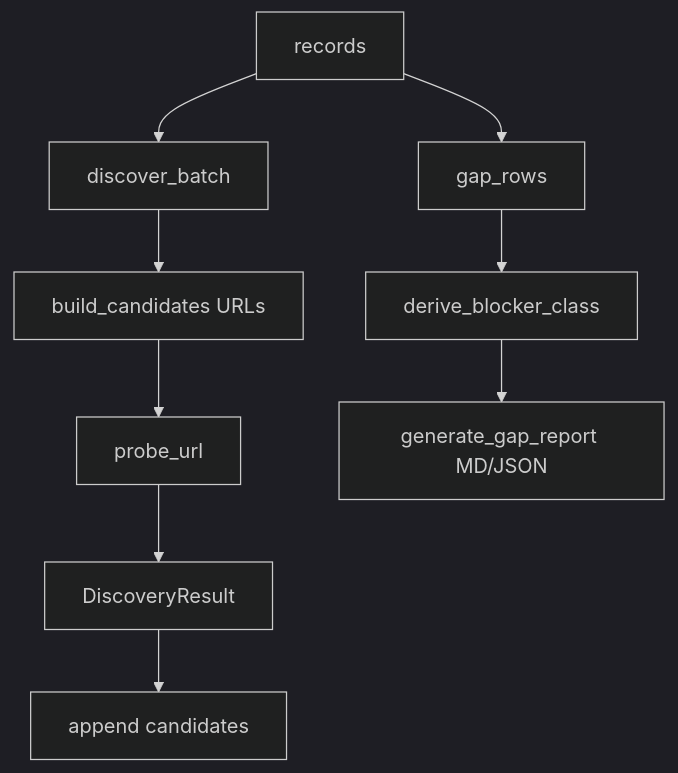
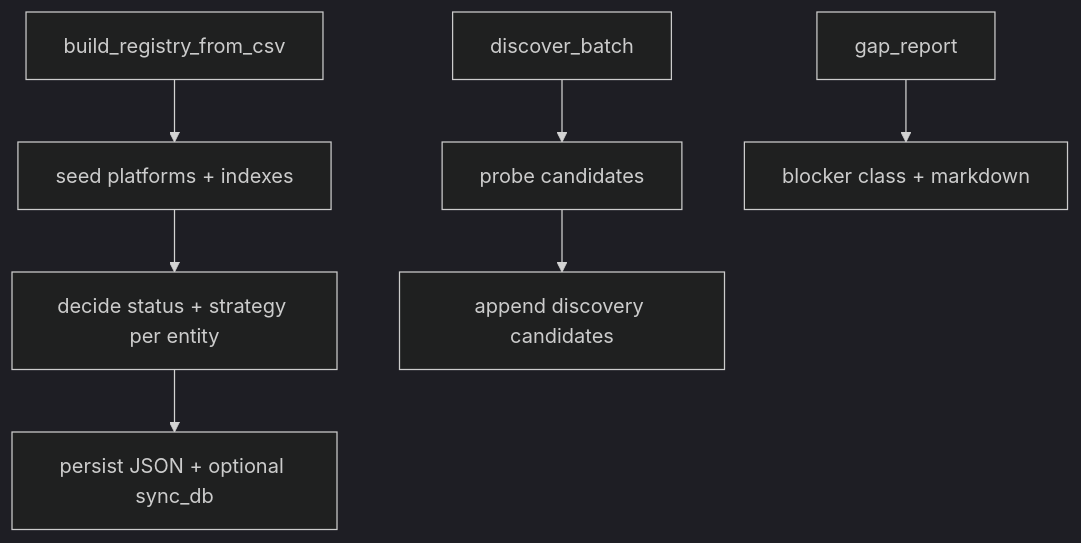
One commit to tjsasakifln/extra-cli changed the diagram in _reversa_sdd/flowcharts/source_registry.md. Above: the diagram before and after it, drawn with Mermaid (dark theme). The commit also changed other lines of this file and 41 other files, not shown here.

````diff
--- a/_reversa_sdd/flowcharts/source_registry.md
+++ b/_reversa_sdd/flowcharts/source_registry.md
@@ -22,11 +5,9 @@
 ```mermaid
 flowchart TD
-    A[records] --> B[discover_batch]
-    B --> C[build_candidates URLs]
-    C --> D[probe_url]
-    D --> E[DiscoveryResult]
-    E --> F[append candidates]
-    A --> G[gap_rows]
-    G --> H[derive_blocker_class]
-    H --> I[generate_gap_report MD/JSON]
+  A[build_registry_from_csv] --> B[seed platforms + indexes]
+  B --> C[decide status + strategy per entity]
+  C --> D[persist JSON + optional sync_db]
+  E[discover_batch] --> F[probe candidates]
+  F --> G[append discovery candidates]
+  H[gap_report] --> I[blocker class + markdown]
 ```
````
